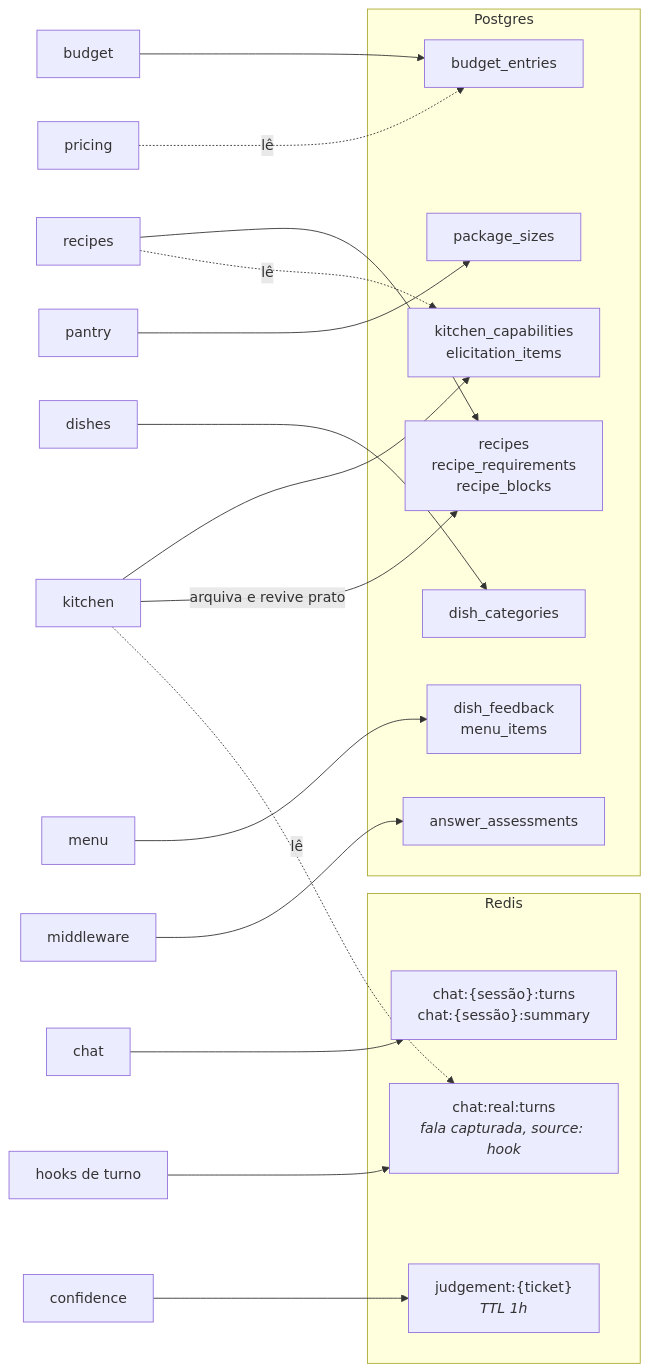
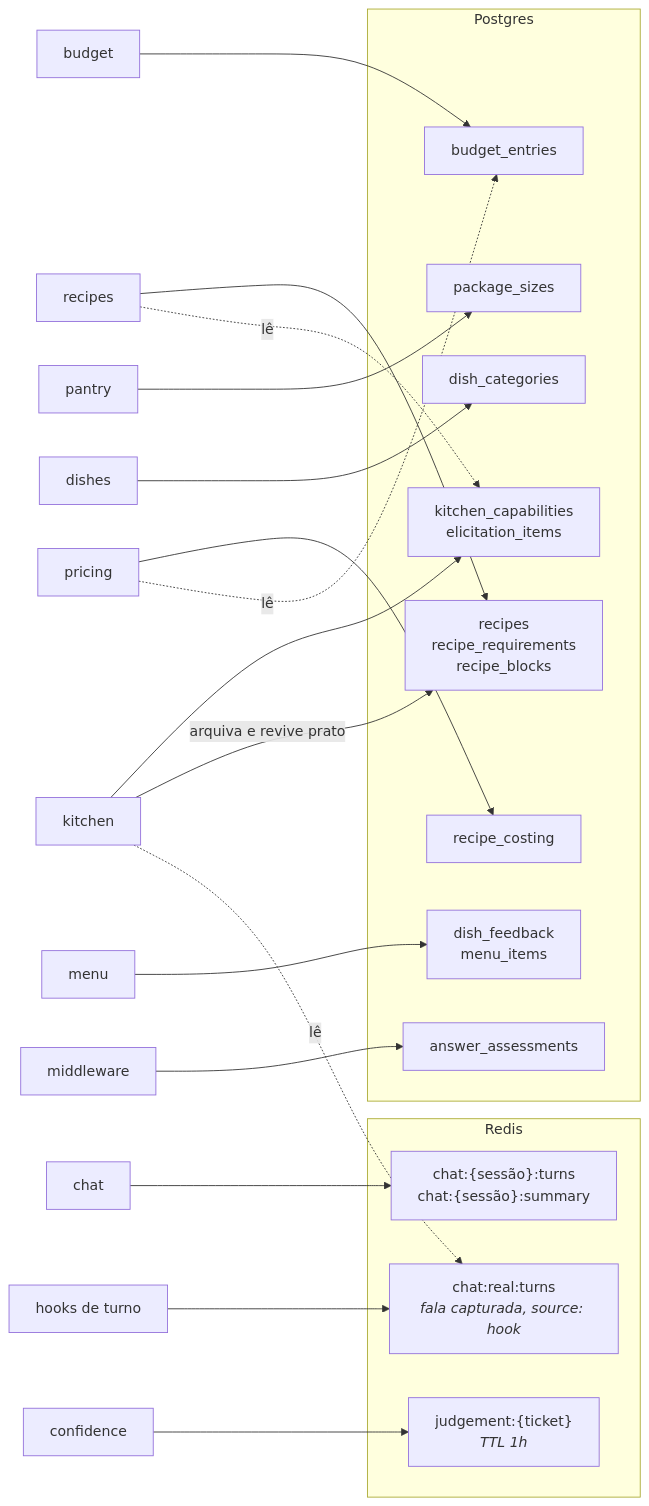
One commit to lrdsouza/jacquinho changed the sixth of 6 diagrams in docs/arquitetura.md. Above: the diagram before and after it, drawn with Mermaid. The commit also changed other lines of this file and 15 other files, not shown here.

````diff
--- a/docs/arquitetura.md
+++ b/docs/arquitetura.md
@@ -223,31 +223,33 @@
 ```mermaid
 flowchart LR
     subgraph redis["Redis"]
         c["chat:{sessão}:turns<br/>chat:{sessão}:summary"]
         cr["chat:real:turns<br/><i>fala capturada, source: hook</i>"]
         j["judgement:{ticket}<br/><i>TTL 1h</i>"]
     end
     subgraph pgdb["Postgres"]
         k["kitchen_capabilities<br/>elicitation_items"]
         b["budget_entries"]
         pk["package_sizes"]
         dc["dish_categories"]
         rc["recipes<br/>recipe_requirements<br/>recipe_blocks"]
         fm["dish_feedback<br/>menu_items"]
         aa["answer_assessments"]
+        rc2["recipe_costing"]
     end
     hooks["hooks de turno"] --> cr
     chatmcp["chat"] --> c
     confmcp["confidence"] --> j
     mw["middleware"] --> aa
     recipesmcp["recipes"] --> rc
     menumcp["menu"] --> fm
     kitchenmcp["kitchen"] --> k
     kitchenmcp -->|"arquiva e revive prato"| rc
     budgetmcp["budget"] --> b
     pantrymcp["pantry"] --> pk
     dishesmcp["dishes"] --> dc
-    pricingmcp["pricing"] -. lê .-> b
+    pricingmcp["pricing"] --> rc2
+    pricingmcp -. lê .-> b
     recipesmcp -. lê .-> k
     kitchenmcp -. lê .-> cr
 ```
````
